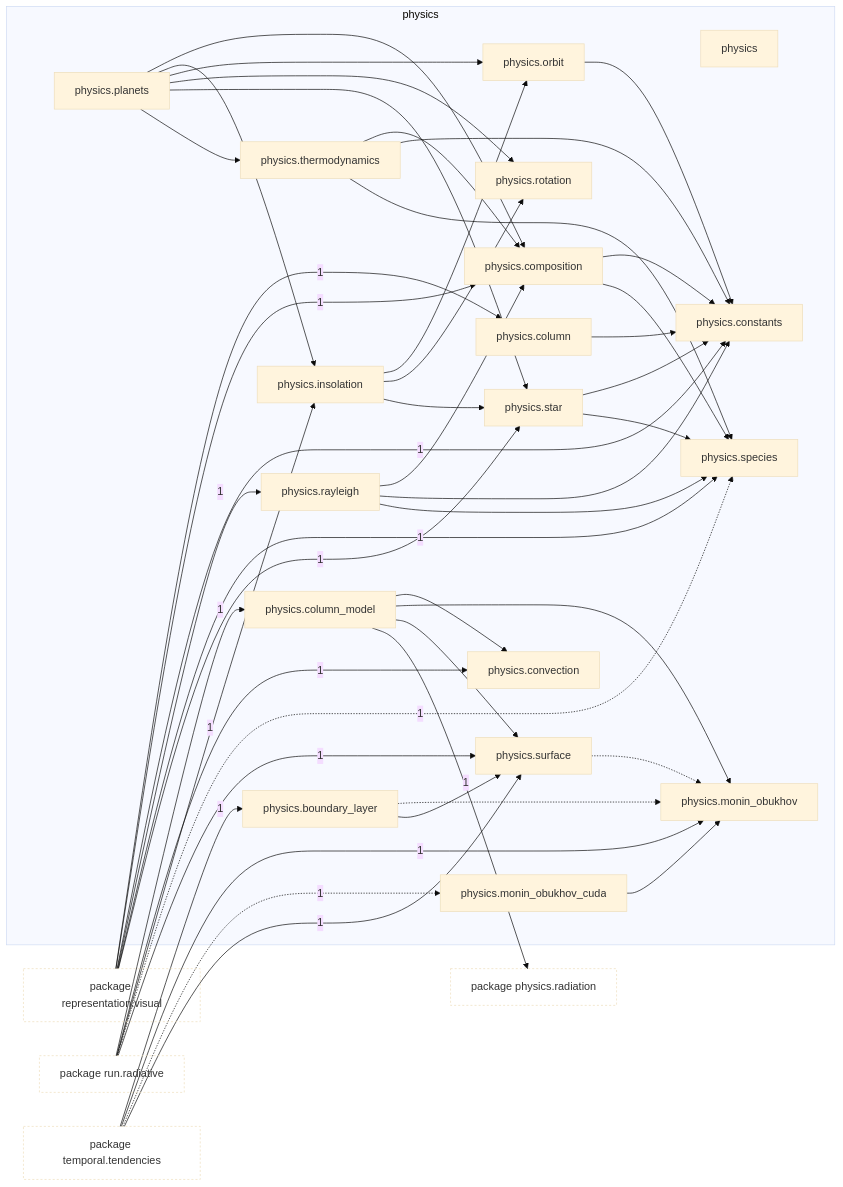
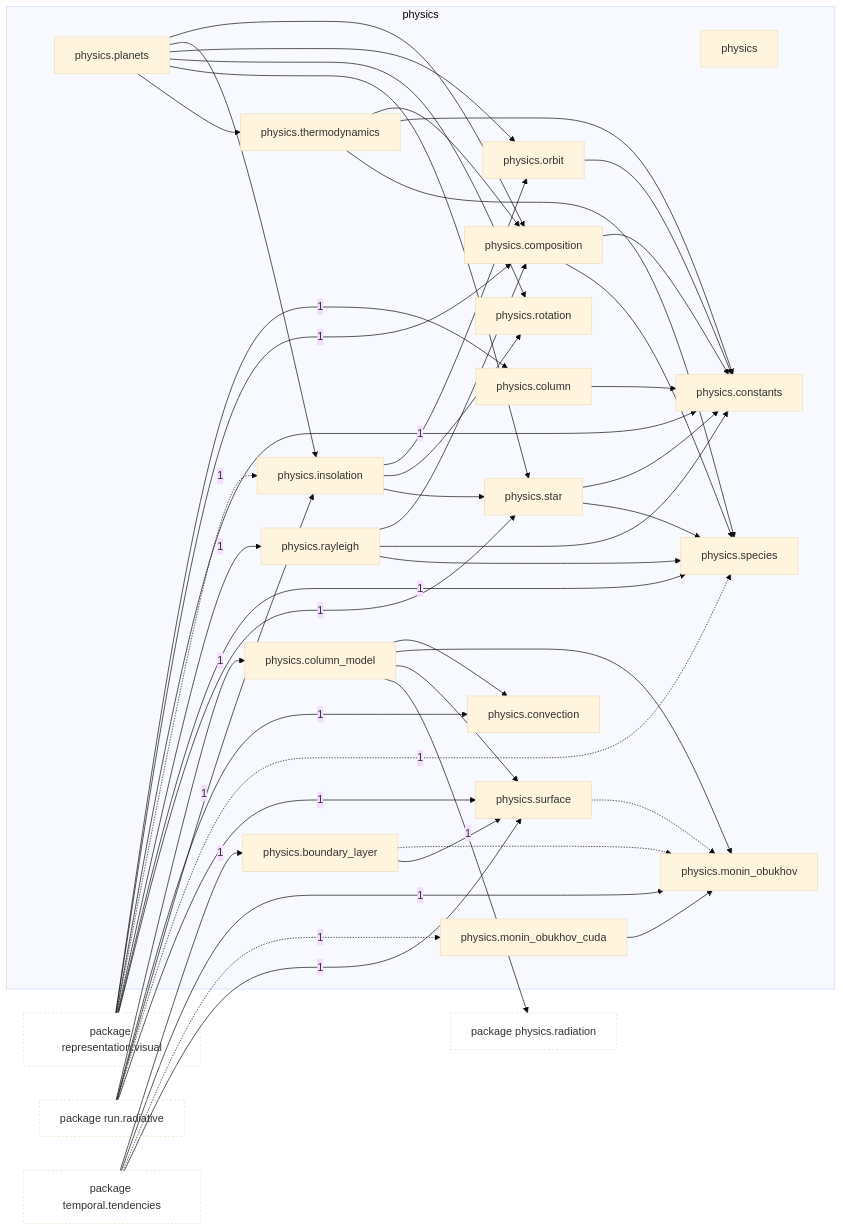
Before and after one commit to AlexandreEros/Palintropos: the first of 2 diagrams in docs/architecture/current/packages/tropoi.physics.md, drawn with Mermaid (base theme). The commit also changed 24 other files, not shown here.

Commit message:
Document Viewer 2 design and refresh architecture snapshot

````diff
--- a/docs/architecture/current/packages/tropoi.physics.md
+++ b/docs/architecture/current/packages/tropoi.physics.md
@@ -36,78 +36,79 @@
 ```mermaid
 %% Generated by tools.architecture 2.3.0. Do not edit by hand.
 %% Modules of tropoi.physics with imports in and out
 flowchart LR
     subgraph g_tropoi_ophysics["physics"]
         n_tropoi_ophysics["physics"]
         n_tropoi_ophysics_oboundary__layer["physics.boundary#95;layer"]
         n_tropoi_ophysics_ocolumn["physics.column"]
         n_tropoi_ophysics_ocolumn__model["physics.column#95;model"]
         n_tropoi_ophysics_ocomposition["physics.composition"]
         n_tropoi_ophysics_oconstants["physics.constants"]
         n_tropoi_ophysics_oconvection["physics.convection"]
         n_tropoi_ophysics_oinsolation["physics.insolation"]
         n_tropoi_ophysics_omonin__obukhov["physics.monin#95;obukhov"]
         n_tropoi_ophysics_omonin__obukhov__cuda["physics.monin#95;obukhov#95;cuda"]
         n_tropoi_ophysics_oorbit["physics.orbit"]
         n_tropoi_ophysics_oplanets["physics.planets"]
         n_tropoi_ophysics_orayleigh["physics.rayleigh"]
         n_tropoi_ophysics_orotation["physics.rotation"]
         n_tropoi_ophysics_ospecies["physics.species"]
         n_tropoi_ophysics_ostar["physics.star"]
         n_tropoi_ophysics_osurface["physics.surface"]
         n_tropoi_ophysics_othermodynamics["physics.thermodynamics"]
     end
     p_tropoi_ophysics_oradiation["package physics.radiation"]
     p_tropoi_orepresentation_ovisual["package representation.visual"]
     p_tropoi_orun_oradiative["package run.radiative"]
     p_tropoi_otemporal_otendencies["package temporal.tendencies"]
     n_tropoi_ophysics_oboundary__layer -.-> n_tropoi_ophysics_omonin__obukhov
     n_tropoi_ophysics_oboundary__layer --> n_tropoi_ophysics_osurface
     n_tropoi_ophysics_ocolumn --> n_tropoi_ophysics_oconstants
     n_tropoi_ophysics_ocolumn__model --> n_tropoi_ophysics_oconvection
     n_tropoi_ophysics_ocolumn__model --> n_tropoi_ophysics_omonin__obukhov
     n_tropoi_ophysics_ocolumn__model --> n_tropoi_ophysics_osurface
     n_tropoi_ophysics_ocomposition --> n_tropoi_ophysics_oconstants
     n_tropoi_ophysics_ocomposition --> n_tropoi_ophysics_ospecies
     n_tropoi_ophysics_oinsolation --> n_tropoi_ophysics_oorbit
     n_tropoi_ophysics_oinsolation --> n_tropoi_ophysics_orotation
     n_tropoi_ophysics_oinsolation --> n_tropoi_ophysics_ostar
     n_tropoi_ophysics_omonin__obukhov__cuda --> n_tropoi_ophysics_omonin__obukhov
     n_tropoi_ophysics_oorbit --> n_tropoi_ophysics_oconstants
     n_tropoi_ophysics_oplanets --> n_tropoi_ophysics_ocomposition
     n_tropoi_ophysics_oplanets --> n_tropoi_ophysics_oinsolation
     n_tropoi_ophysics_oplanets --> n_tropoi_ophysics_oorbit
     n_tropoi_ophysics_oplanets --> n_tropoi_ophysics_orotation
     n_tropoi_ophysics_oplanets --> n_tropoi_ophysics_ostar
     n_tropoi_ophysics_oplanets --> n_tropoi_ophysics_othermodynamics
     n_tropoi_ophysics_orayleigh --> n_tropoi_ophysics_ocomposition
     n_tropoi_ophysics_orayleigh --> n_tropoi_ophysics_oconstants
     n_tropoi_ophysics_orayleigh --> n_tropoi_ophysics_ospecies
     n_tropoi_ophysics_ostar --> n_tropoi_ophysics_oconstants
     n_tropoi_ophysics_ostar --> n_tropoi_ophysics_ospecies
     n_tropoi_ophysics_osurface -.-> n_tropoi_ophysics_omonin__obukhov
     n_tropoi_ophysics_othermodynamics --> n_tropoi_ophysics_ocomposition
     n_tropoi_ophysics_othermodynamics --> n_tropoi_ophysics_oconstants
     n_tropoi_ophysics_othermodynamics --> n_tropoi_ophysics_ospecies
     p_tropoi_orepresentation_ovisual -->|1| n_tropoi_ophysics_ocolumn
     p_tropoi_orepresentation_ovisual -->|1| n_tropoi_ophysics_ocomposition
     p_tropoi_orepresentation_ovisual -->|1| n_tropoi_ophysics_oconstants
+    p_tropoi_orepresentation_ovisual -.->|1| n_tropoi_ophysics_oinsolation
     p_tropoi_orepresentation_ovisual -->|1| n_tropoi_ophysics_orayleigh
     p_tropoi_orepresentation_ovisual -->|1| n_tropoi_ophysics_ospecies
     p_tropoi_orepresentation_ovisual -->|1| n_tropoi_ophysics_ostar
     p_tropoi_orun_oradiative -->|1| n_tropoi_ophysics_ocolumn__model
     p_tropoi_orun_oradiative -->|1| n_tropoi_ophysics_oconvection
     p_tropoi_orun_oradiative -->|1| n_tropoi_ophysics_oinsolation
     p_tropoi_orun_oradiative -.->|1| n_tropoi_ophysics_ospecies
     p_tropoi_orun_oradiative -->|1| n_tropoi_ophysics_osurface
     p_tropoi_otemporal_otendencies -->|1| n_tropoi_ophysics_oboundary__layer
     p_tropoi_otemporal_otendencies -->|1| n_tropoi_ophysics_omonin__obukhov
     p_tropoi_otemporal_otendencies -.->|1| n_tropoi_ophysics_omonin__obukhov__cuda
     p_tropoi_otemporal_otendencies -->|1| n_tropoi_ophysics_osurface
     n_tropoi_ophysics_ocolumn__model -->|1| p_tropoi_ophysics_oradiation
     classDef other fill:none,stroke-dasharray:3 3
     class p_tropoi_ophysics_oradiation other
     class p_tropoi_orepresentation_ovisual other
     class p_tropoi_orun_oradiative other
     class p_tropoi_otemporal_otendencies other
 ```
````
